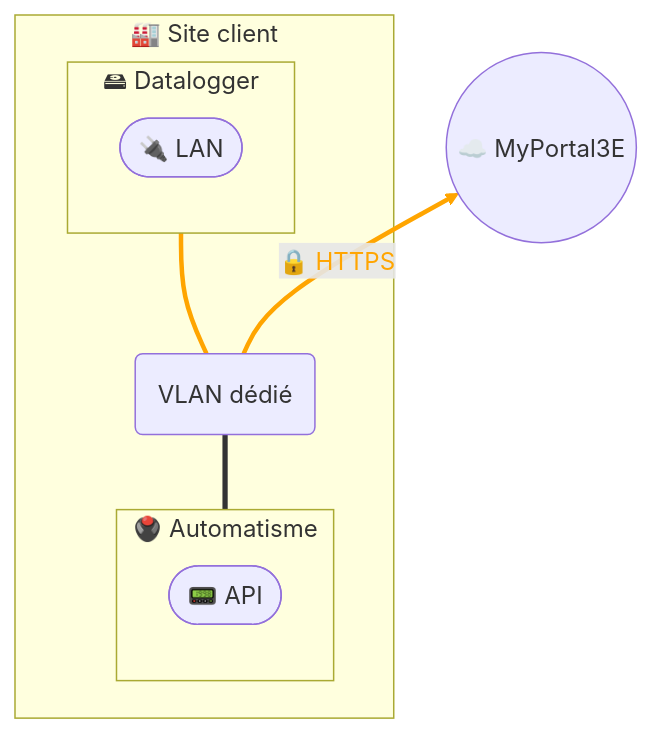
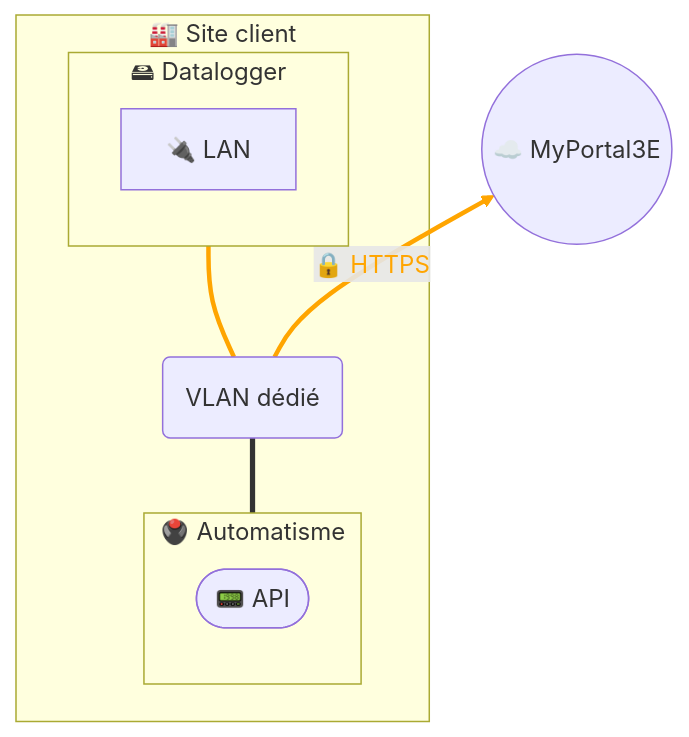
The first of 2 diagrams in docs/data/Collecte de données - Datalogger.md (JohannPx/network-architectures), drawn with Mermaid before and after one commit. The commit also changed other lines of this file and 8 other files, not shown here.

````diff
--- a/docs/data/Collecte de données - Datalogger.md
+++ b/docs/data/Collecte de données - Datalogger.md
@@ -5,24 +5,24 @@
 ```mermaid
 flowchart BT
 
     subgraph site [🏭 Site client]
         subgraph automation [🖲️ Automatisme]
             plc([📟 API])
         end
 
         vlan(VLAN dédié)
         
         subgraph ewon [🖴 Datalogger]
-            ewonLan([🔌 LAN])
+            ewonLan[🔌 LAN]
         end
     end
 
     myportal3e((☁️ MyPortal3E))
 
     vlan == 🔒 HTTPS ==> myportal3e
     automation === vlan
     vlan === ewon
     
     linkStyle 0 stroke:orange,stroke-width:3px,color:orange;
     linkStyle 2 stroke:orange,stroke-width:3px,color:orange;
 ```
````
